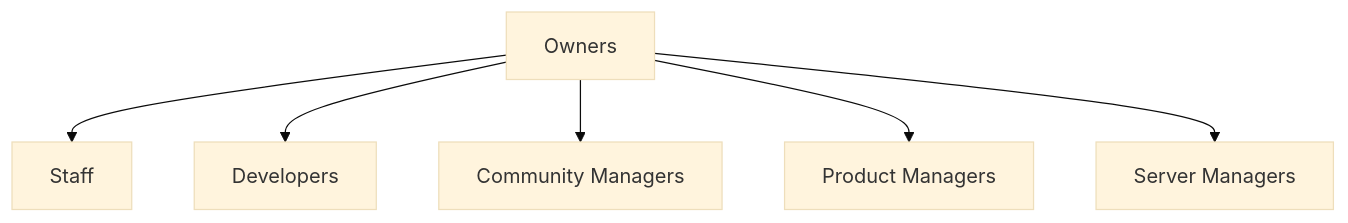
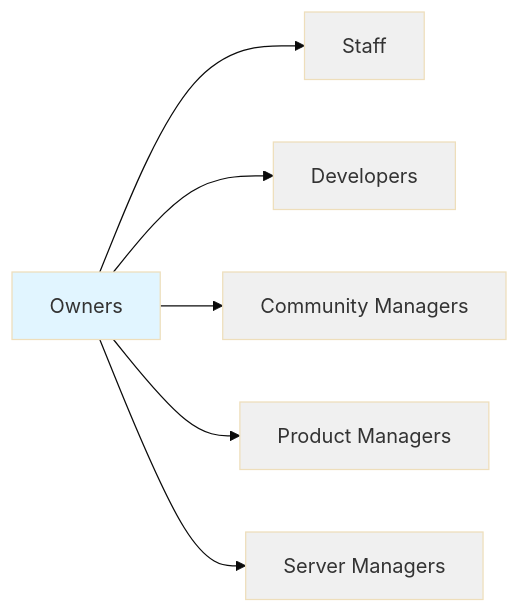
The diagram in README.md (UDL-TF/Organization), drawn with Mermaid (base theme) before and after one commit.

Commit message:
Update organization chart layout for clarity and structure

````diff
--- a/README.md
+++ b/README.md
@@ -3,15 +3,16 @@
 ```mermaid
-graph TD
+flowchart LR
     A[Owners]
-    B[Staff]
-    C[Developers]
-    D[Community Managers]
-    E[Product Managers]
-    F[Server Managers]
+    A --> B[Staff]
+    A --> C[Developers]
+    A --> D[Community Managers]
+    A --> E[Product Managers]
+    A --> F[Server Managers]
 
-    A --> B
-    A --> C
-    A --> D
-    A --> E
-    A --> F
+    style A fill:#e1f5ff
+    style B fill:#f0f0f0
+    style C fill:#f0f0f0
+    style D fill:#f0f0f0
+    style E fill:#f0f0f0
+    style F fill:#f0f0f0
 ```
````
